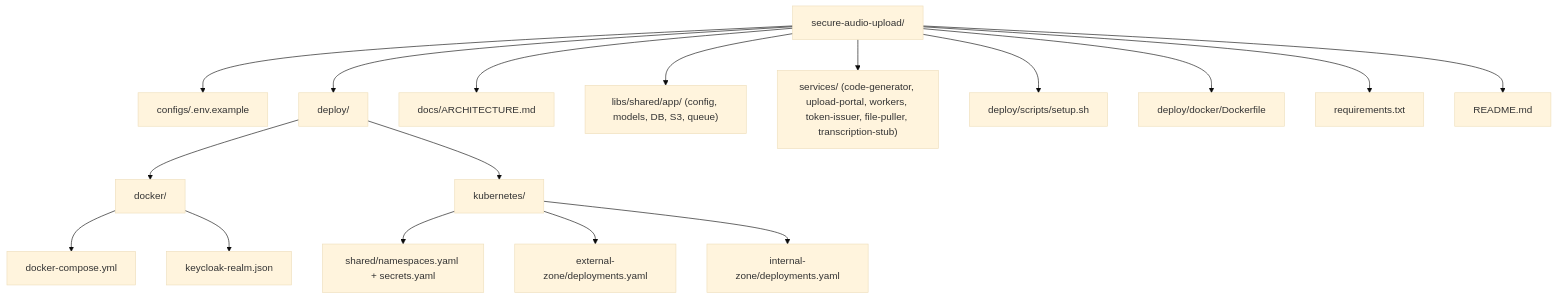
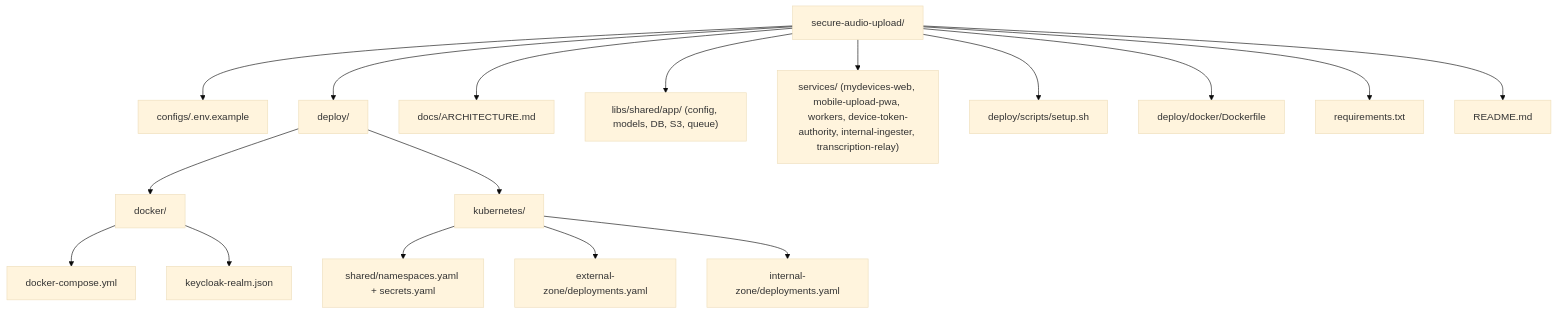
The fifth of 5 diagrams in README.md (IA-Generative/mirai-mesreunions), drawn with Mermaid (base theme) before and after one commit. The commit also changed other lines of this file and 42 other files, not shown here.

````diff
--- a/README.md
+++ b/README.md
@@ -560,20 +560,20 @@
 ```mermaid
 flowchart TD
   R["secure-audio-upload/"]
   R --> C["configs/.env.example"]
   R --> D["deploy/"]
   D --> DD["docker/"]
   DD --> DDC["docker-compose.yml"]
   DD --> DDK["keycloak-realm.json"]
   D --> DK["kubernetes/"]
   DK --> DKS["shared/namespaces.yaml + secrets.yaml"]
   DK --> DKE["external-zone/deployments.yaml"]
   DK --> DKI["internal-zone/deployments.yaml"]
   R --> DOC["docs/ARCHITECTURE.md"]
   R --> L["libs/shared/app/ (config, models, DB, S3, queue)"]
-  R --> S["services/ (code-generator, upload-portal, workers, token-issuer, file-puller, transcription-stub)"]
+  R --> S["services/ (mydevices-web, mobile-upload-pwa, workers, device-token-authority, internal-ingester, transcription-relay)"]
   R --> DS["deploy/scripts/setup.sh"]
   R --> DF["deploy/docker/Dockerfile"]
   R --> REQ["requirements.txt"]
   R --> RMD["README.md"]
 ```
````
